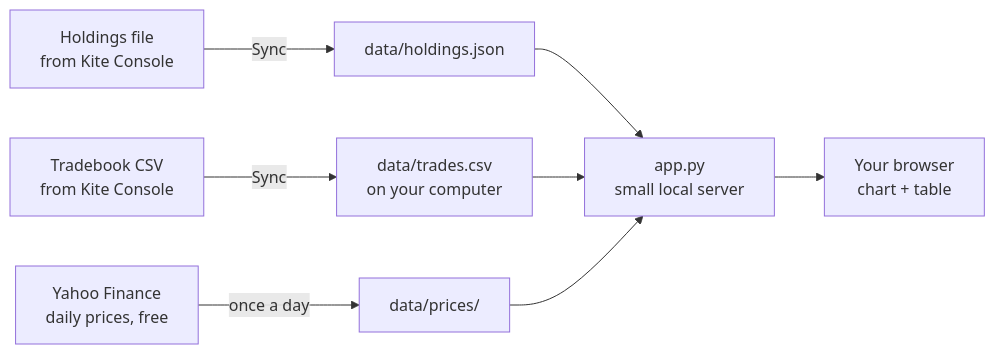
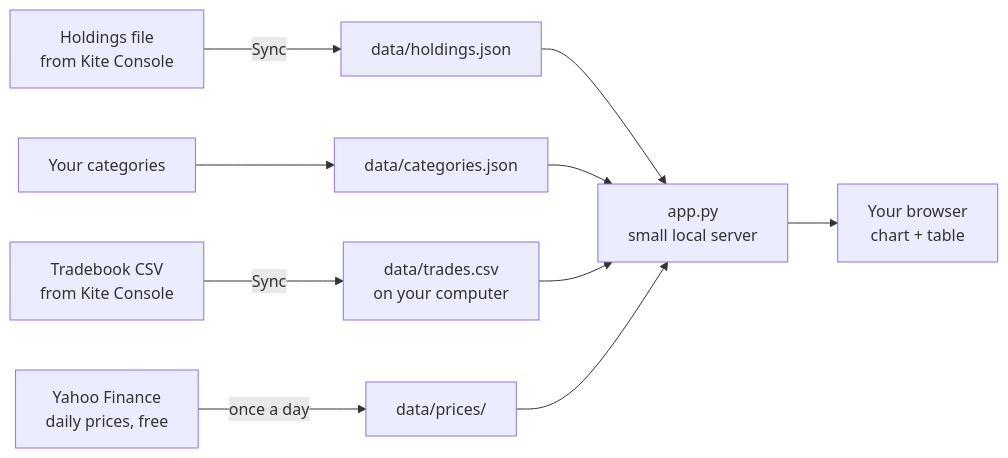
The diagram in README.md (SouravAggarwal/zerodha-portfolio-analyser), drawn with Mermaid before and after one commit. The commit also changed other lines of this file and 8 other files, not shown here.

First line of the commit message:
Add overview, XIRR, Nifty compare, your own categories and safer dedupe

````diff
--- a/README.md
+++ b/README.md
@@ -67,10 +77,12 @@
 ```mermaid
 flowchart LR
     A[Tradebook CSV<br/>from Kite Console] -->|Sync| B[data/trades.csv<br/>on your computer]
     H[Holdings file<br/>from Kite Console] -->|Sync| G[data/holdings.json]
     G --> E
     C[Yahoo Finance<br/>daily prices, free] -->|once a day| D[data/prices/]
+    K[Your categories] --> I[data/categories.json]
+    I --> E
     B --> E[app.py<br/>small local server]
     D --> E
     E --> F[Your browser<br/>chart + table]
 ```
````
